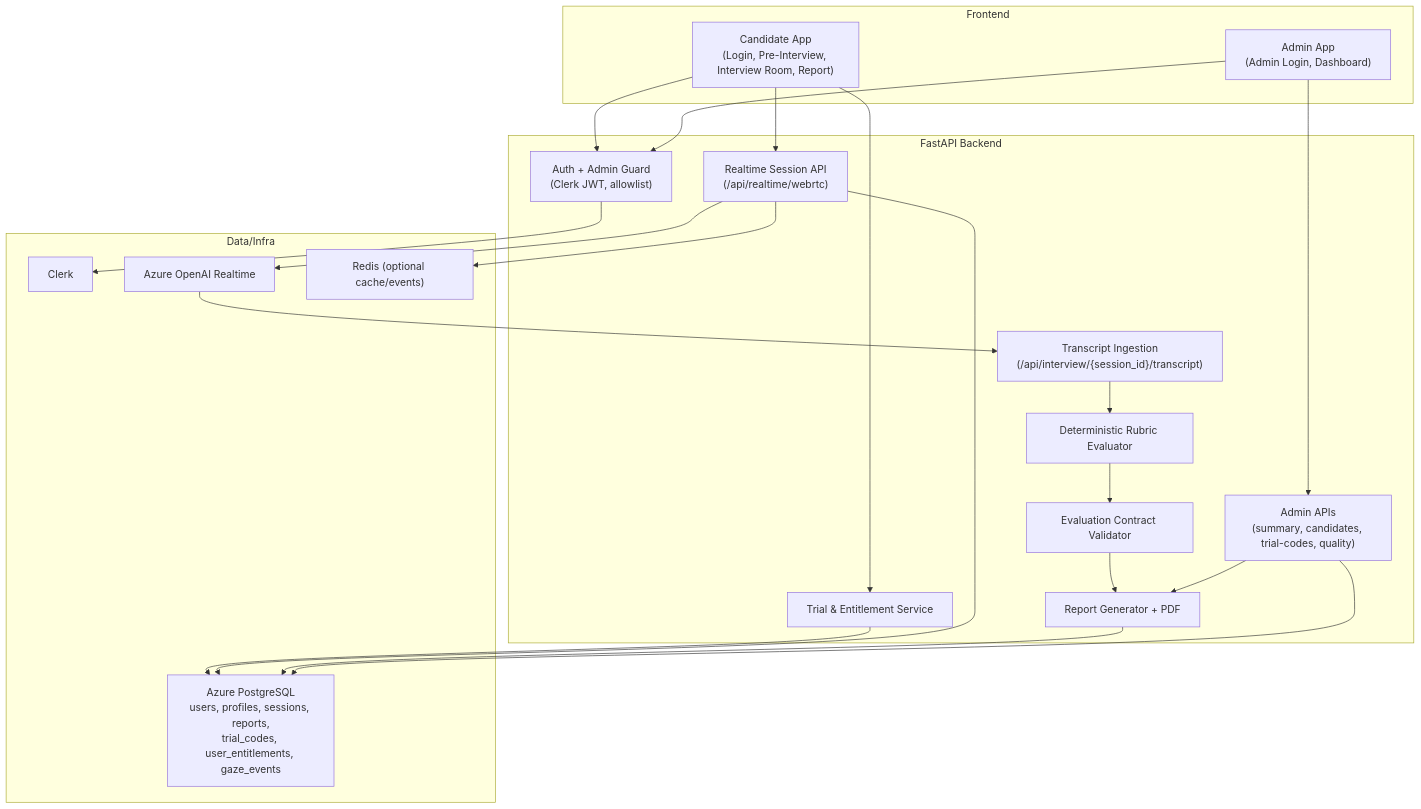
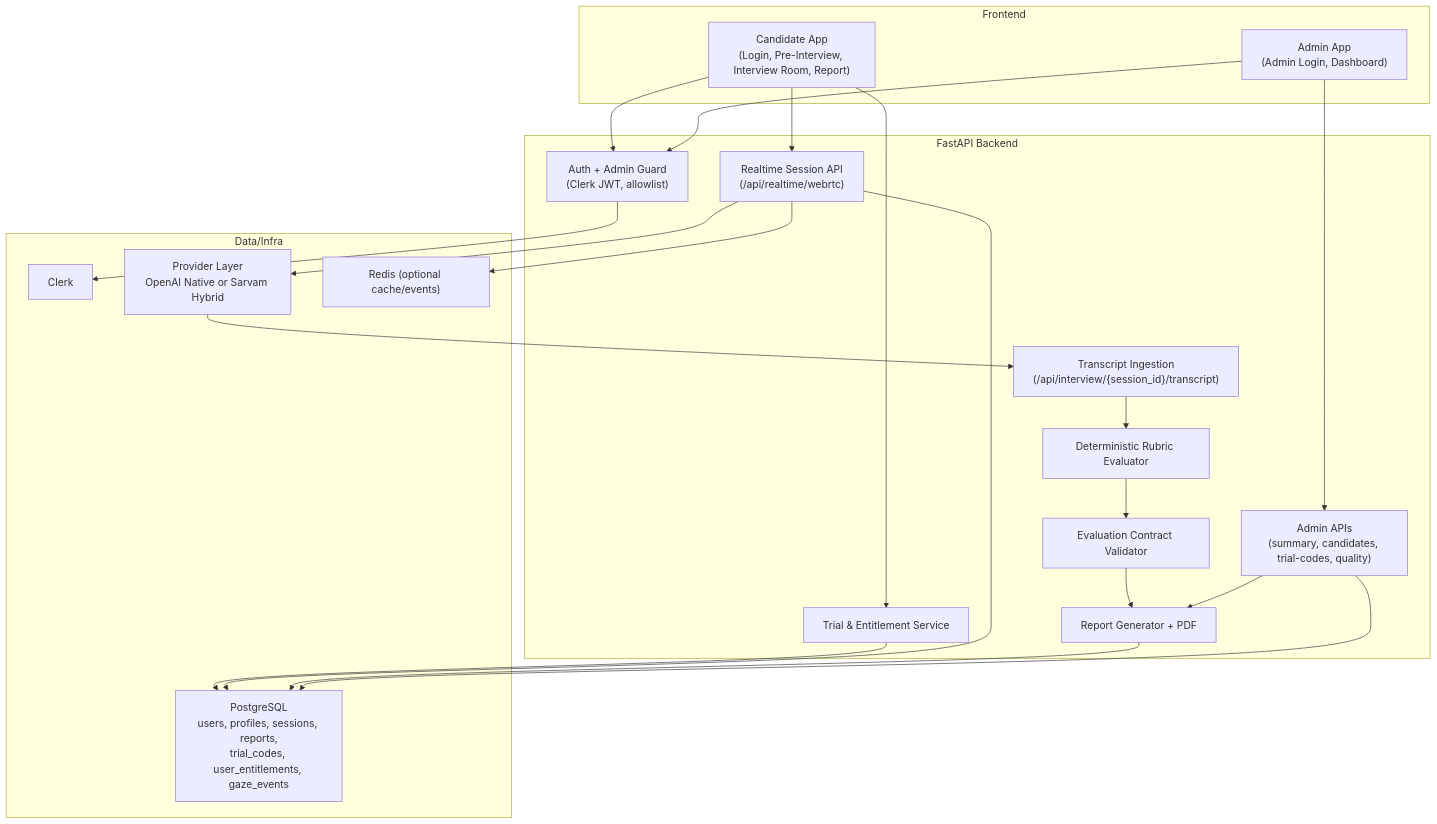
The second of 2 diagrams in docs/application-diagrams.md (Ignitzsolutions/evaluate-yourself), drawn with Mermaid before and after one commit. The commit also changed other lines of this file and 74 other files, not shown here.

````diff
--- a/docs/application-diagrams.md
+++ b/docs/application-diagrams.md
@@ -37,47 +37,47 @@
 ```mermaid
 flowchart TB
   subgraph Frontend["Frontend"]
     CandidateUI["Candidate App\n(Login, Pre-Interview, Interview Room, Report)"]
     AdminUI["Admin App\n(Admin Login, Dashboard)"]
   end
 
   subgraph Backend["FastAPI Backend"]
     Auth["Auth + Admin Guard\n(Clerk JWT, allowlist)"]
     Trial["Trial & Entitlement Service"]
     RTC["Realtime Session API\n(/api/realtime/webrtc)"]
     Ingest["Transcript Ingestion\n(/api/interview/{session_id}/transcript)"]
     Eval["Deterministic Rubric Evaluator"]
     Contract["Evaluation Contract Validator"]
     Report["Report Generator + PDF"]
     AdminAPI["Admin APIs\n(summary, candidates, trial-codes, quality)"]
   end
 
   subgraph Data["Data/Infra"]
     Clerk["Clerk"]
-    Realtime["Azure OpenAI Realtime"]
-    PG["Azure PostgreSQL\nusers, profiles, sessions, reports,\ntrial_codes, user_entitlements, gaze_events"]
+    Realtime["Provider Layer\nOpenAI Native or Sarvam Hybrid"]
+    PG["PostgreSQL\nusers, profiles, sessions, reports,\ntrial_codes, user_entitlements, gaze_events"]
     Redis["Redis (optional cache/events)"]
   end
 
   CandidateUI --> Auth
   AdminUI --> Auth
   Auth --> Clerk
 
   CandidateUI --> Trial
   Trial --> PG
 
   CandidateUI --> RTC
   RTC --> Realtime
   RTC --> PG
   RTC --> Redis
 
   Realtime --> Ingest
   Ingest --> Eval
   Eval --> Contract
   Contract --> Report
   Report --> PG
 
   AdminUI --> AdminAPI
   AdminAPI --> PG
   AdminAPI --> Report
 ```
````
